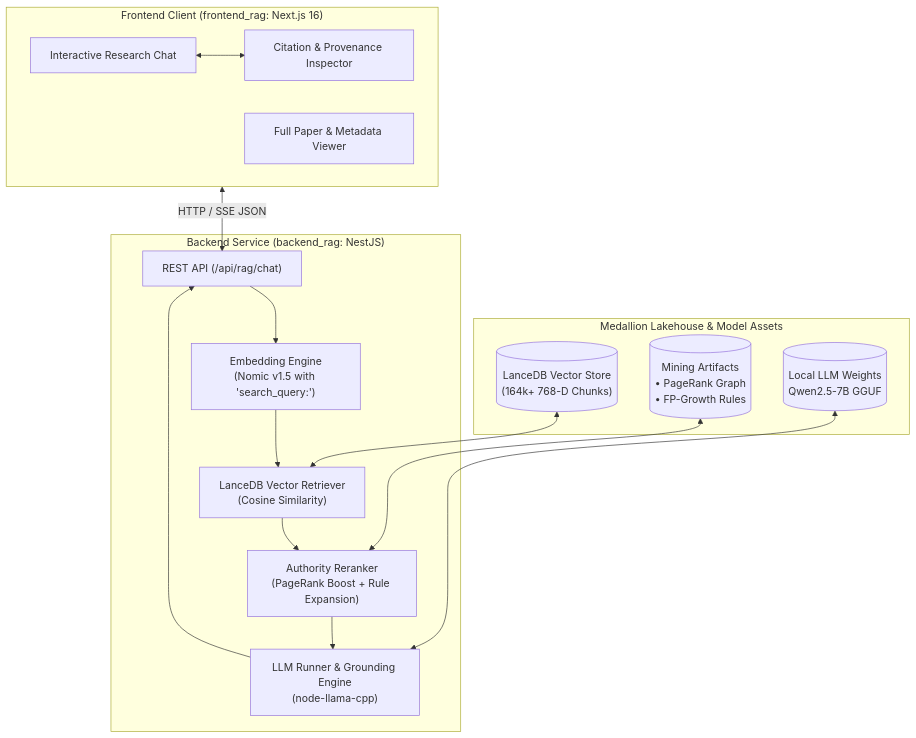
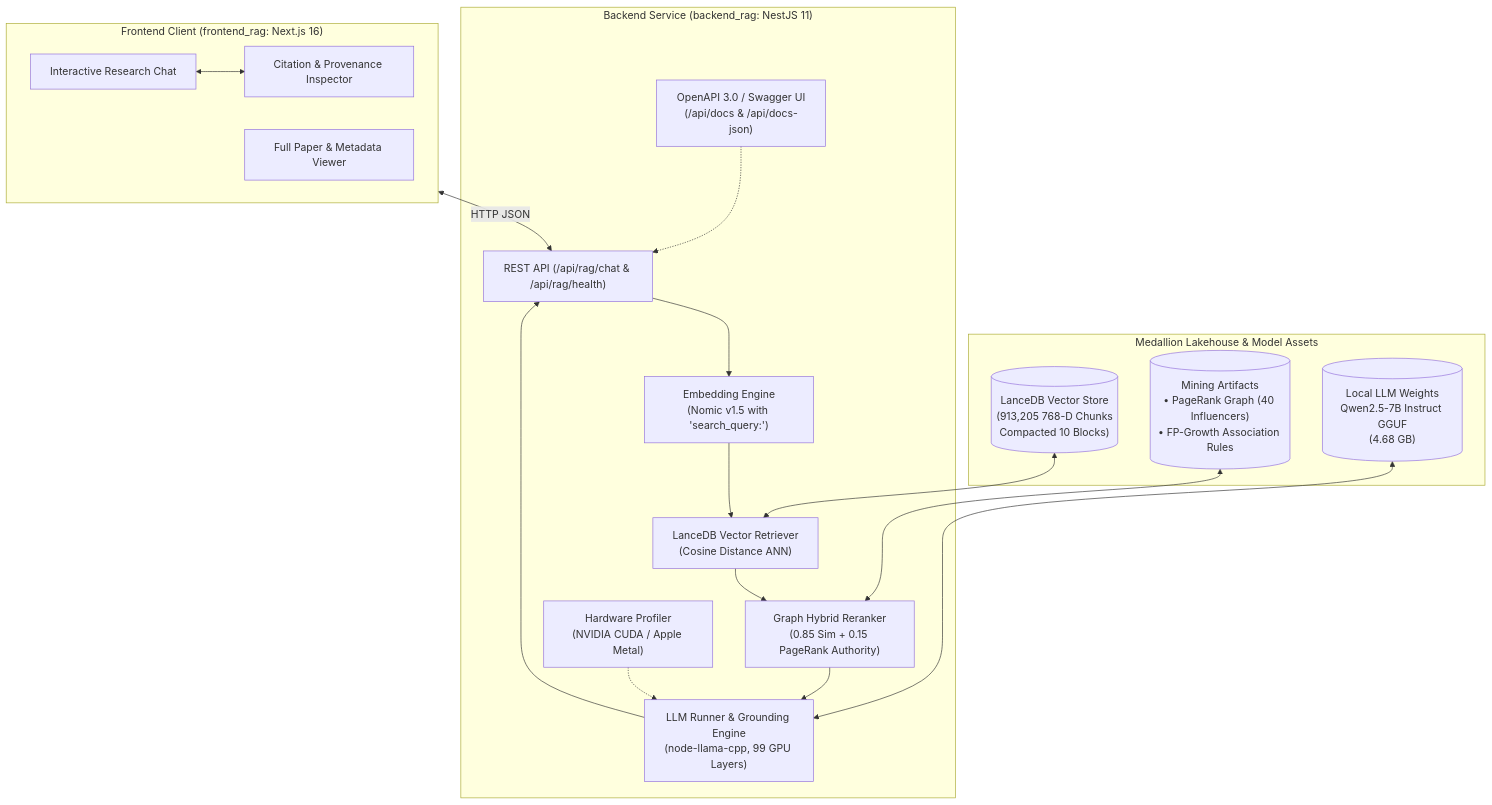
Before and after one commit to QuangManhAI/RAG_TS: the diagram in README.md, drawn with Mermaid. The commit also changed other lines of this file, not shown here.

First line of the commit message:
docs(readme): update system architecture, Swagger routes, and GPU documentation

````diff
--- a/README.md
+++ b/README.md
@@ -15,31 +16,35 @@
 ```mermaid
 flowchart TD
     subgraph DATA_TIER["Medallion Lakehouse & Model Assets"]
-        GoldLance[("LanceDB Vector Store\n(164k+ 768-D Chunks)")]
-        GoldMining[("Mining Artifacts\n• PageRank Graph\n• FP-Growth Rules")]
-        ModelStore[("Local LLM Weights\nQwen2.5-7B GGUF")]
+        GoldLance[("LanceDB Vector Store\n(913,205 768-D Chunks\nCompacted 10 Blocks)")]
+        GoldMining[("Mining Artifacts\n• PageRank Graph (40 Influencers)\n• FP-Growth Association Rules")]
+        ModelStore[("Local LLM Weights\nQwen2.5-7B Instruct GGUF\n(4.68 GB)")]
     end
 
-    subgraph BACKEND["Backend Service (backend_rag: NestJS)"]
+    subgraph BACKEND["Backend Service (backend_rag: NestJS 11)"]
+        Swagger["OpenAPI 3.0 / Swagger UI\n(/api/docs & /api/docs-json)"]
         Embedder["Embedding Engine\n(Nomic v1.5 with 'search_query:')"]
-        Retriever["LanceDB Vector Retriever\n(Cosine Similarity)"]
-        Reranker["Authority Reranker\n(PageRank Boost + Rule Expansion)"]
-        LLMInference["LLM Runner & Grounding Engine\n(node-llama-cpp)"]
-        RagController["REST API (/api/rag/chat)"]
+        Retriever["LanceDB Vector Retriever\n(Cosine Distance ANN)"]
+        Reranker["Graph Hybrid Reranker\n(0.85 Sim + 0.15 PageRank Authority)"]
+        GpuDetector["Hardware Profiler\n(NVIDIA CUDA / Apple Metal)"]
+        LLMInference["LLM Runner & Grounding Engine\n(node-llama-cpp, 99 GPU Layers)"]
+        RagController["REST API (/api/rag/chat & /api/rag/health)"]
 
         RagController --> Embedder --> Retriever --> Reranker --> LLMInference --> RagController
+        Swagger -.-> RagController
+        GpuDetector -.-> LLMInference
     end
 
     subgraph FRONTEND["Frontend Client (frontend_rag: Next.js 16)"]
         ChatUI["Interactive Research Chat"]
         CitationView["Citation & Provenance Inspector"]
         PaperPreview["Full Paper & Metadata Viewer"]
 
         ChatUI <--> CitationView
     end
 
     GoldLance <--> Retriever
     GoldMining <--> Reranker
     ModelStore <--> LLMInference
-    FRONTEND <-->|"HTTP / SSE JSON"| RagController
+    FRONTEND <-->|"HTTP JSON"| RagController
 ```
````
